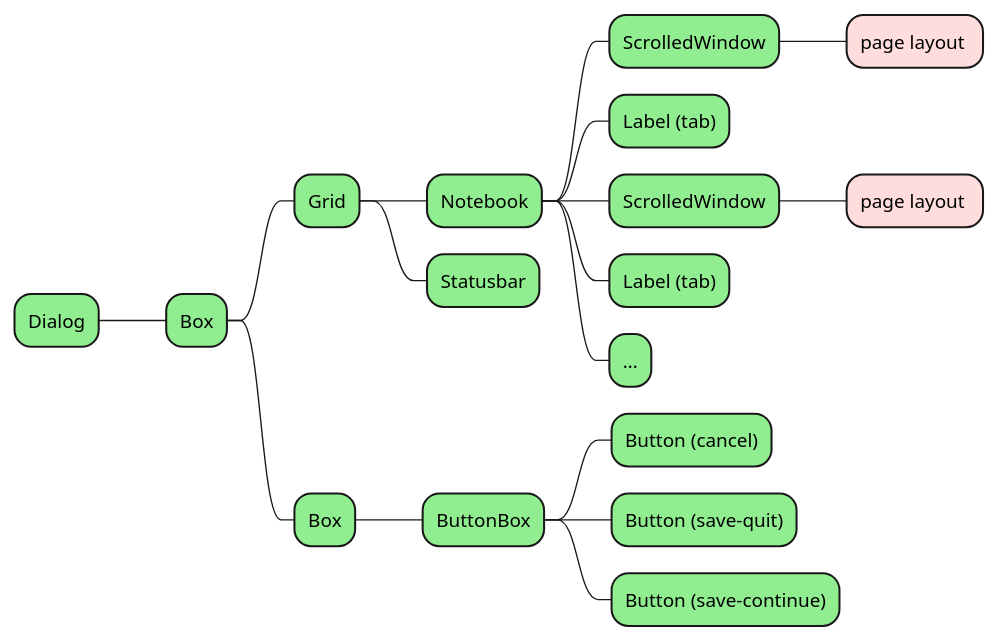
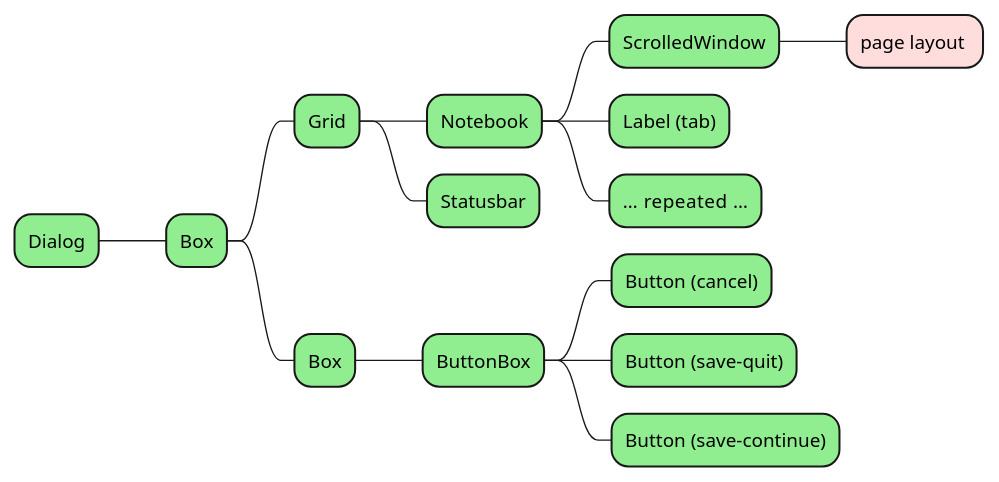
The second of 9 diagrams in docs/content-docs/setup/structures-gui.md (MARTIMM/question-answer), drawn with PlantUML before and after one commit. The commit also changed other lines of this file and 1 other file, not shown here.

Commit message:
design notes

````diff
--- a/docs/content-docs/setup/structures-gui.md
+++ b/docs/content-docs/setup/structures-gui.md
@@ -43,39 +43,36 @@
 ```plantuml
 @startmindmap
 scale 0.9
 <style>
 mindmapDiagram {
   node {
     BackgroundColor lightGreen
   }
 
   .rose {
     BackgroundColor #ffdddd
   }
 
   .gray {
     BackgroundColor #ffffff
     FontColor #aaaaaa
   }
 }
 </style>
 
 * Dialog
 ** Box
 *** Grid
 **** Notebook
 ***** ScrolledWindow
 ****** page layout <<rose>>
 ***** Label (tab)
-***** ScrolledWindow
-****** page layout <<rose>>
-***** Label (tab)
-***** …
+***** … repeated  …
 **** Statusbar
 *** Box
 **** ButtonBox
 ***** Button (cancel)
 ***** Button (save-quit)
 ***** Button (save-continue)
 @endmindmap
 ```
````
